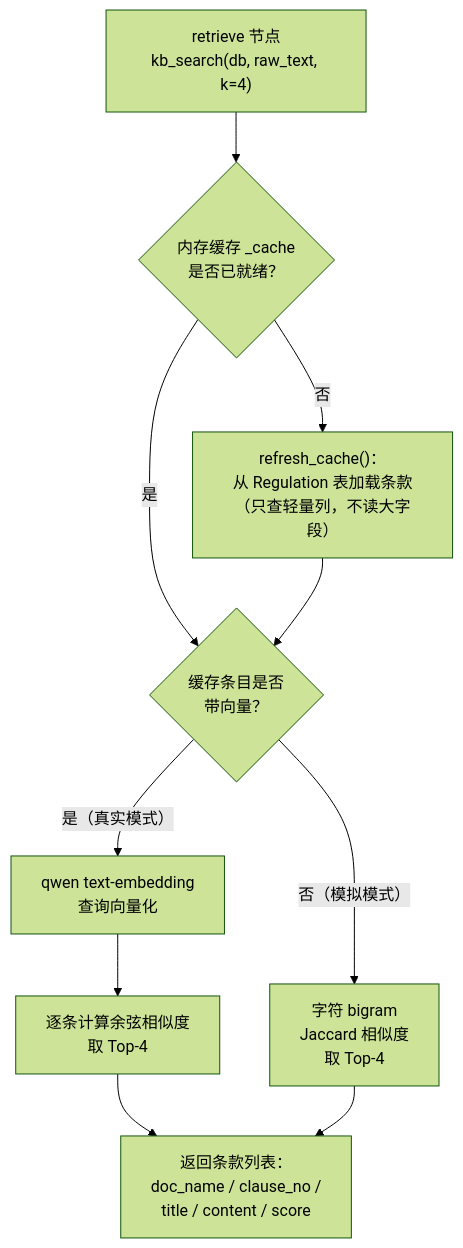
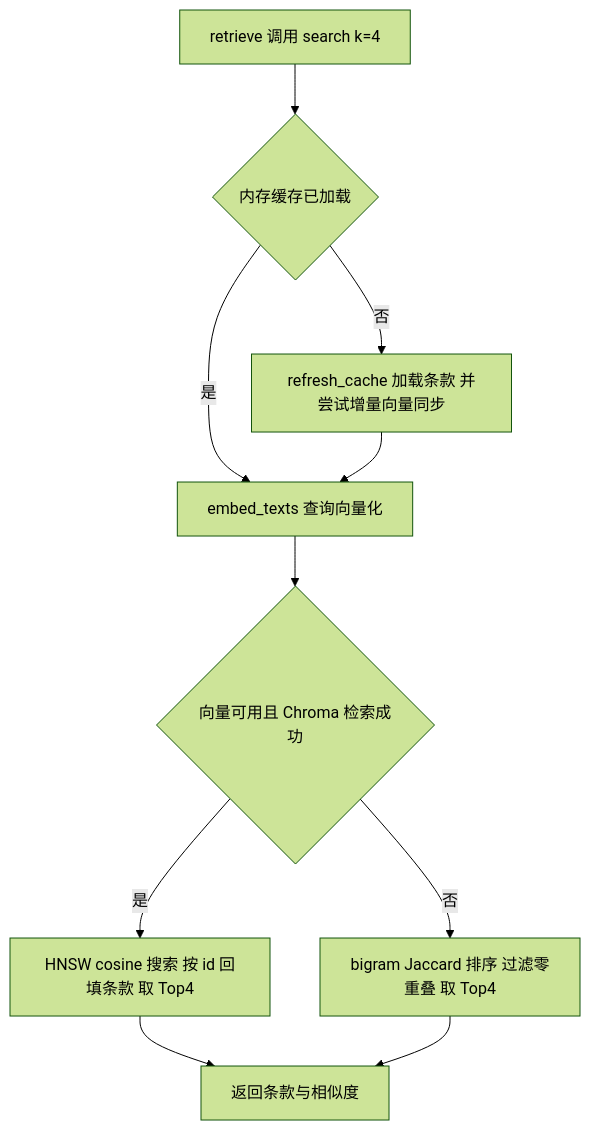
The fourth of 8 diagrams in docs/隐患上报Agent主链路说明.md (pandaadsas/zhuan-cloud), drawn with Mermaid (forest theme) before and after one commit. The commit also changed other lines of this file and 5 other files, not shown here.

````diff
--- a/docs/隐患上报Agent主链路说明.md
+++ b/docs/隐患上报Agent主链路说明.md
@@ -99,12 +99,12 @@
 ```mermaid
 flowchart TD
-    A["retrieve 节点<br/>kb_search(db, raw_text, k=4)"] --> B{"内存缓存 _cache<br/>是否已就绪？"}
-    B -- 否 --> C["refresh_cache()：<br/>从 Regulation 表加载条款<br/>（只查轻量列，不读大字段）"]
-    B -- 是 --> D{"缓存条目是否<br/>带向量？"}
+    A[retrieve 调用 search k=4] --> B{内存缓存已加载}
+    B -->|否| C[refresh_cache 加载条款 并尝试增量向量同步]
+    B -->|是| D[embed_texts 查询向量化]
     C --> D
-    D -- "是（真实模式）" --> E["qwen text-embedding<br/>查询向量化"]
-    E --> F["逐条计算余弦相似度<br/>取 Top-4"]
-    D -- "否（模拟模式）" --> G["字符 bigram<br/>Jaccard 相似度<br/>取 Top-4"]
-    F --> H["返回条款列表：<br/>doc_name / clause_no /<br/>title / content / score"]
+    D --> E{向量可用且 Chroma 检索成功}
+    E -->|是| F[HNSW cosine 搜索 按 id 回填条款 取 Top4]
+    E -->|否| G[bigram Jaccard 排序 过滤零重叠 取 Top4]
+    F --> H[返回条款与相似度]
     G --> H
 ```
````
